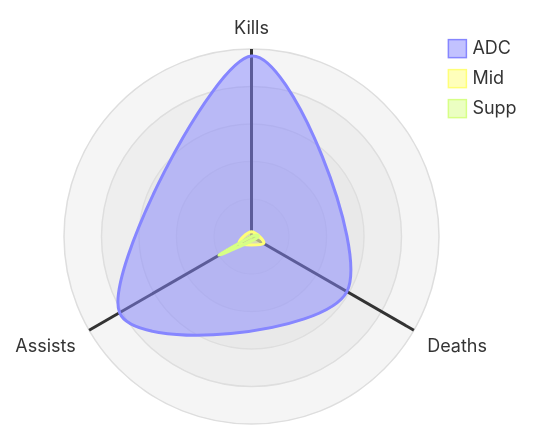
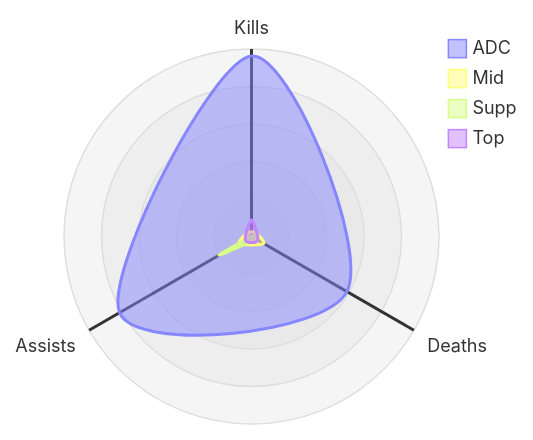
One commit to flowinho/zensical-website changed the second of 5 diagrams in docs/gaming/wild-rift.md. Above: the diagram before and after it, drawn with Mermaid. The commit also changed other lines of this file, not shown here.

````diff
--- a/docs/gaming/wild-rift.md
+++ b/docs/gaming/wild-rift.md
@@ -63,16 +64,17 @@
 ```mermaid
 ---
 config:
   radar:
     width: 250
     height: 250
 ---
 radar-beta
   axis k["Kills"], d["Deaths"], a["Assists"]
-  curve a["ADC"]{77, 47, 65}
-  curve m["Mid"]{2, 6, 6}
-  curve s["Supp"]{0, 2, 16}
+  curve a["ADC"]{77, 47,  65}
+  curve m["Mid"]{2,   6,  6}
+  curve s["Supp"]{0,  2,  16}
+  curve t["Top"]{7,   3,  3}
 
   max 80
   min 0
 ``` 
````
